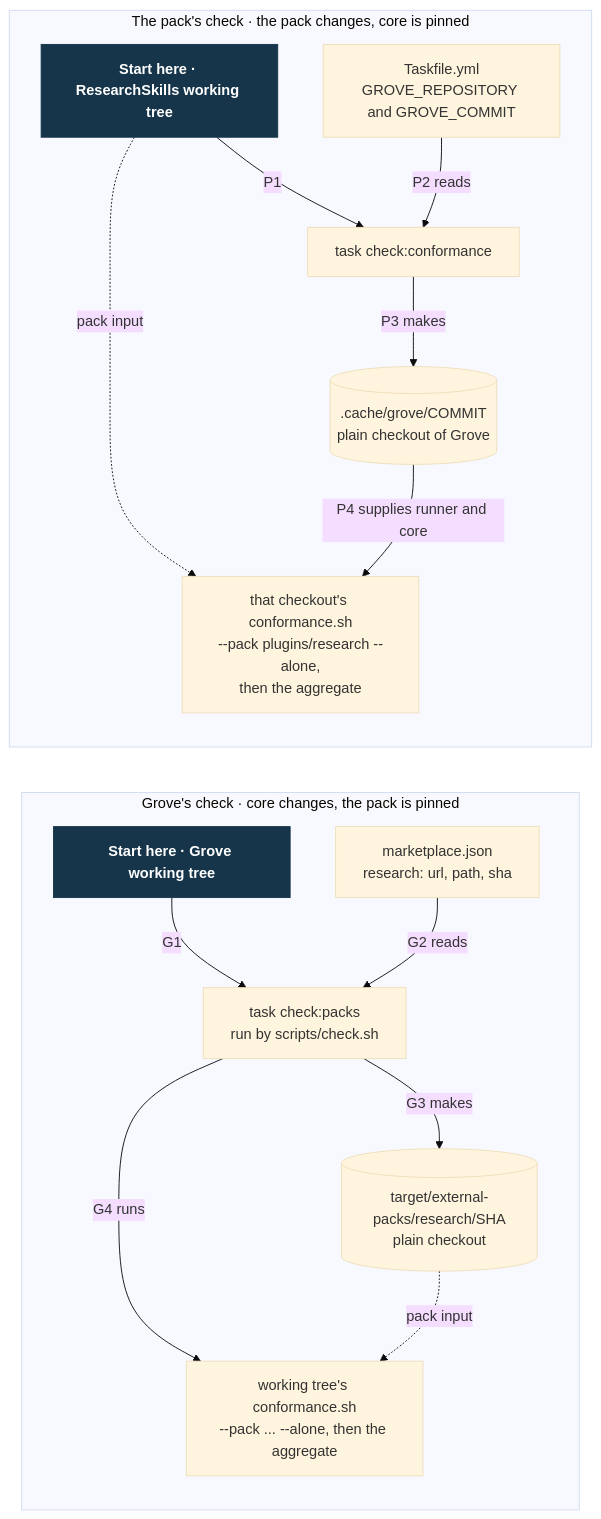
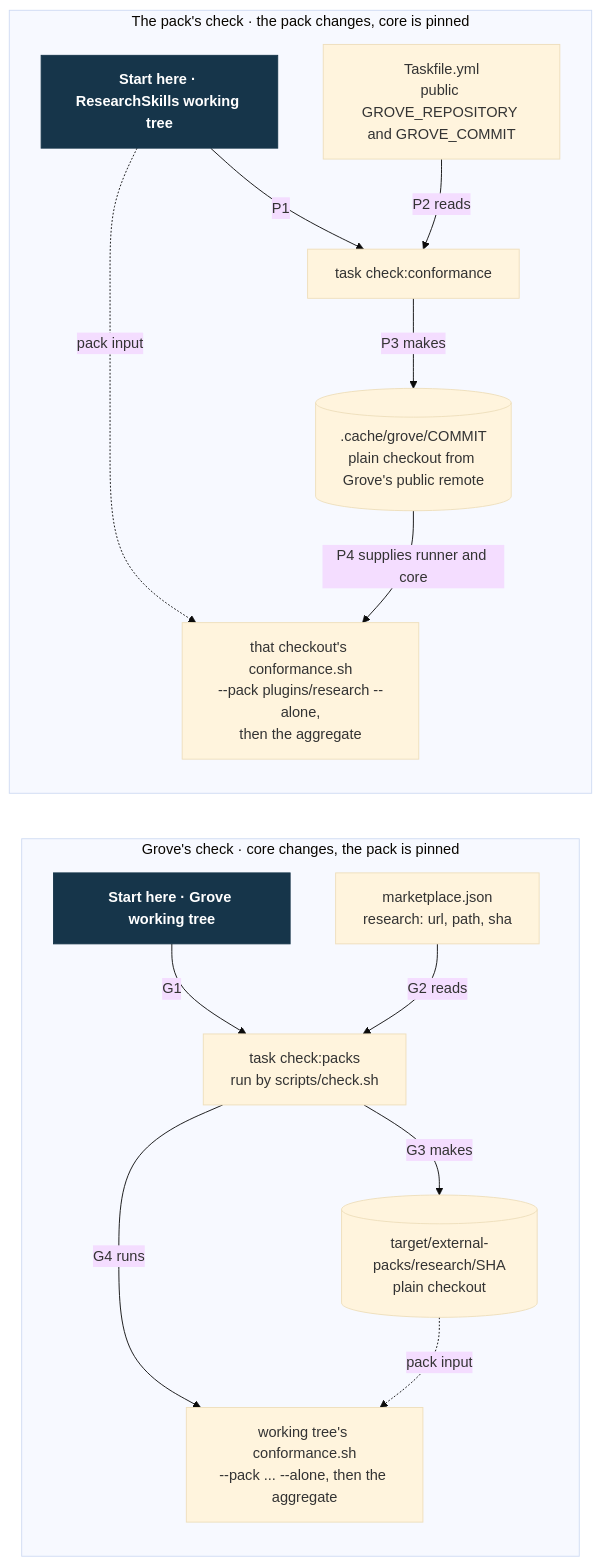
One commit to Linkuistics/grove changed the diagram in docs/design/external-pack-contract/conformance.mmd. Above: the diagram before and after it, drawn with Mermaid (base theme). The commit also changed 14 other files, not shown here.

```diff
--- a/docs/design/external-pack-contract/conformance.mmd
+++ b/docs/design/external-pack-contract/conformance.mmd
@@ -1,27 +1,27 @@
 flowchart LR
     subgraph grove["Grove's check · core changes, the pack is pinned"]
         G0["Start here · Grove working tree"]
         GM["marketplace.json<br/>research: url, path, sha"]
         GT["task check:packs<br/>run by scripts/check.sh"]
         GC[("target/external-packs/research/SHA<br/>plain checkout")]
         GR["working tree's conformance.sh<br/>--pack ... --alone, then the aggregate"]
         G0 -->|G1| GT
         GM -->|G2 reads| GT
         GT -->|G3 makes| GC
         GT -->|G4 runs| GR
         GC -.->|pack input| GR
     end
     subgraph pack["The pack's check · the pack changes, core is pinned"]
         P0["Start here · ResearchSkills working tree"]
-        PV["Taskfile.yml<br/>GROVE_REPOSITORY and GROVE_COMMIT"]
+        PV["Taskfile.yml<br/>public GROVE_REPOSITORY and GROVE_COMMIT"]
         PT["task check:conformance"]
-        PC[(".cache/grove/COMMIT<br/>plain checkout of Grove")]
+        PC[(".cache/grove/COMMIT<br/>plain checkout from Grove's public remote")]
         PR["that checkout's conformance.sh<br/>--pack plugins/research --alone,<br/>then the aggregate"]
         P0 -->|P1| PT
         PV -->|P2 reads| PT
         PT -->|P3 makes| PC
         PC -->|P4 supplies runner and core| PR
         P0 -.->|pack input| PR
     end
     classDef start fill:#16354a,color:#fff,stroke:#16354a,font-weight:bold
     class G0,P0 start
```
